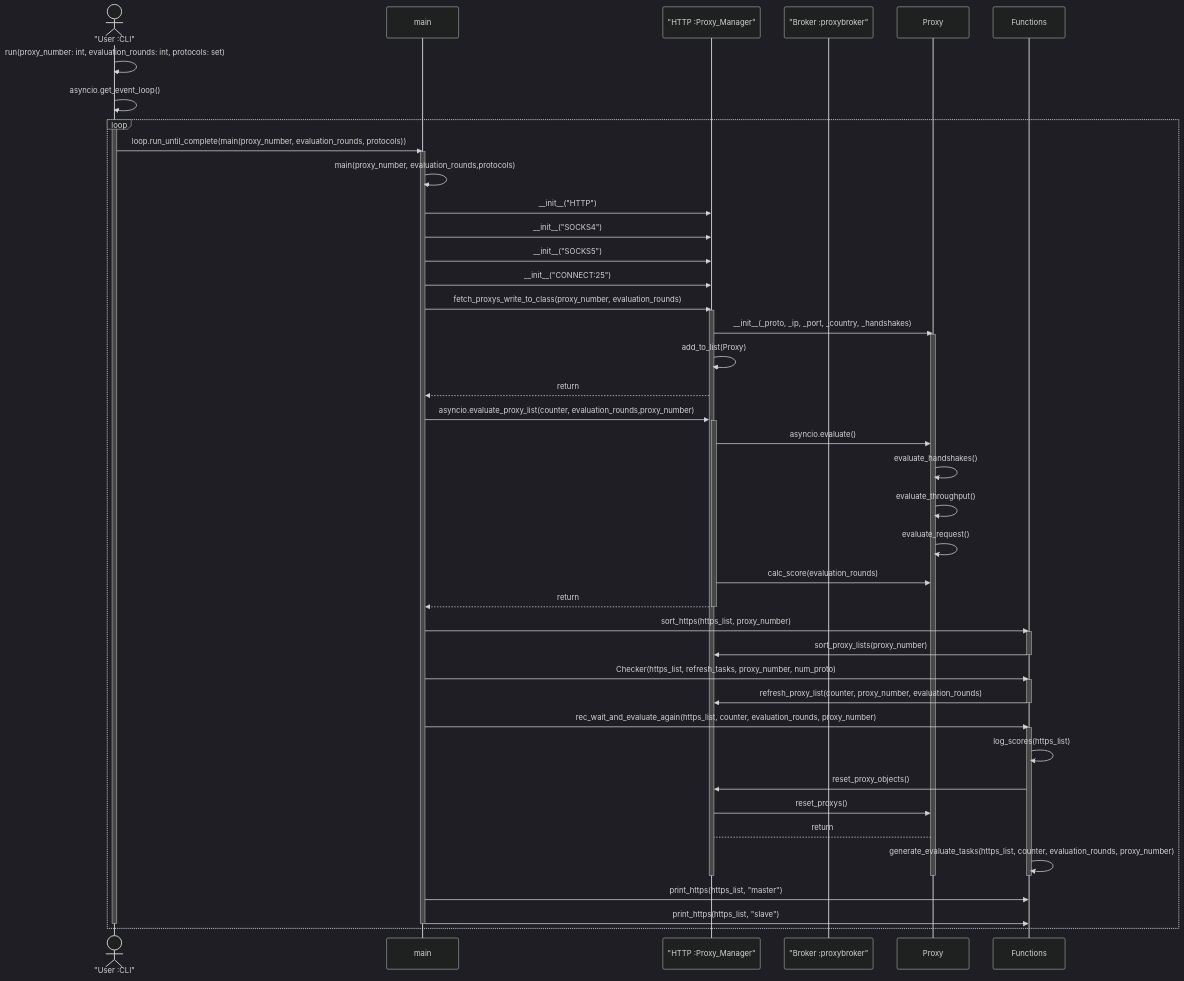
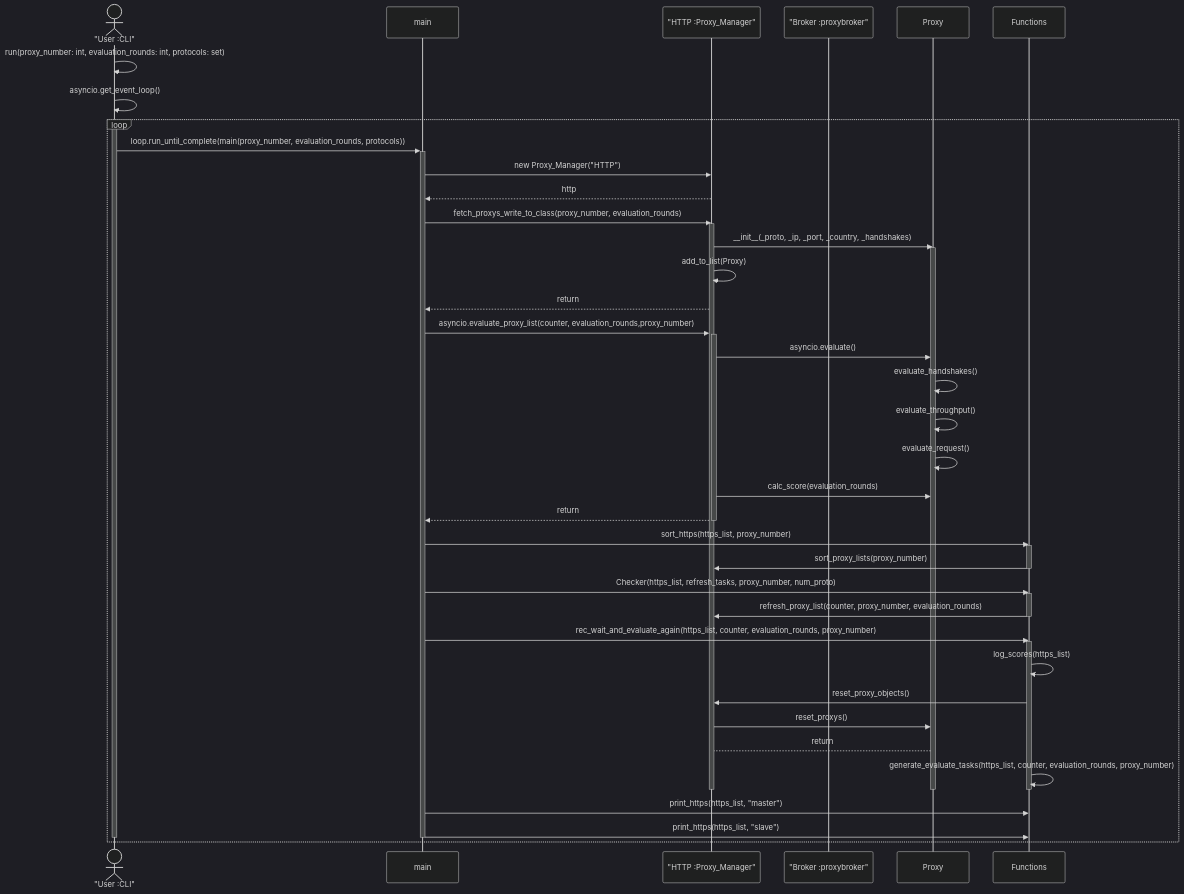
Before and after one commit to quintuscodes/Proxy-Reliability-using-Proxybroker2: the second of 2 diagrams in README.md, drawn with Mermaid (dark theme).

Commit message:
README.md

````diff
--- a/README.md
+++ b/README.md
@@ -84,67 +84,65 @@
 ```mermaid 
 
 sequenceDiagram
     actor CLI as "User :CLI"
     participant main
     participant http as "HTTP :Proxy_Manager"
     participant broker as "Broker :proxybroker"
     participant Proxy
     participant Functions
 
     
     CLI->>CLI: run(proxy_number: int, evaluation_rounds: int, protocols: set)
     CLI->>CLI: asyncio.get_event_loop()
     loop
       activate CLI
-      CLI->>main: loop.run_until_complete(main(proxy_number, evaluation_rounds, protocols))
-      activate main
-      main->>main: main(proxy_number, evaluation_rounds,protocols)
+      CLI->>+main: loop.run_until_complete(main(proxy_number, evaluation_rounds, protocols))
       
-      main->>http: __init__("HTTP")
-      main->>http: __init__("SOCKS4")
-      main->>http: __init__("SOCKS5")
-      main->>http: __init__("CONNECT:25")
+      
+      main->>http: new Proxy_Manager("HTTP")
+      http-->> main: http
+      
       main->>http:fetch_proxys_write_to_class(proxy_number, evaluation_rounds)
       activate http
       http->>Proxy: __init__(_proto, _ip, _port, _country, _handshakes)
       activate Proxy
       http->>http: add_to_list(Proxy)
       http-->>main: return
       
 
       main->>http: asyncio.evaluate_proxy_list(counter, evaluation_rounds,proxy_number)
       activate http
       http->>Proxy: asyncio.evaluate()
       Proxy->>Proxy: evaluate_handshakes()
       Proxy->>Proxy: evaluate_throughput()
       Proxy->>Proxy: evaluate_request()
       http->>Proxy: calc_score(evaluation_rounds)
       http-->>main: return
       deactivate http
 
       main->>Functions: sort_https(https_list, proxy_number)
       activate Functions
       Functions->>http: sort_proxy_lists(proxy_number)
       deactivate Functions
 
       main->>Functions: Checker(https_list, refresh_tasks, proxy_number, num_proto)
       activate Functions
       Functions->>http: refresh_proxy_list(counter, proxy_number, evaluation_rounds)
       deactivate Functions
 
       main->>Functions: rec_wait_and_evaluate_again(https_list, counter, evaluation_rounds, proxy_number)
       activate Functions
       Functions->>Functions: log_scores(https_list)
       Functions->>http: reset_proxy_objects()
       http ->> Proxy: reset_proxys()
       Proxy--> http: return
       Functions->>Functions: generate_evaluate_tasks(https_list, counter, evaluation_rounds, proxy_number)
       deactivate Functions
       deactivate http
       deactivate Proxy
       main->>Functions: print_https(https_list, "master")
       main->>Functions: print_https(https_list, "slave")
       deactivate main
       deactivate CLI
     end
 ```
````
